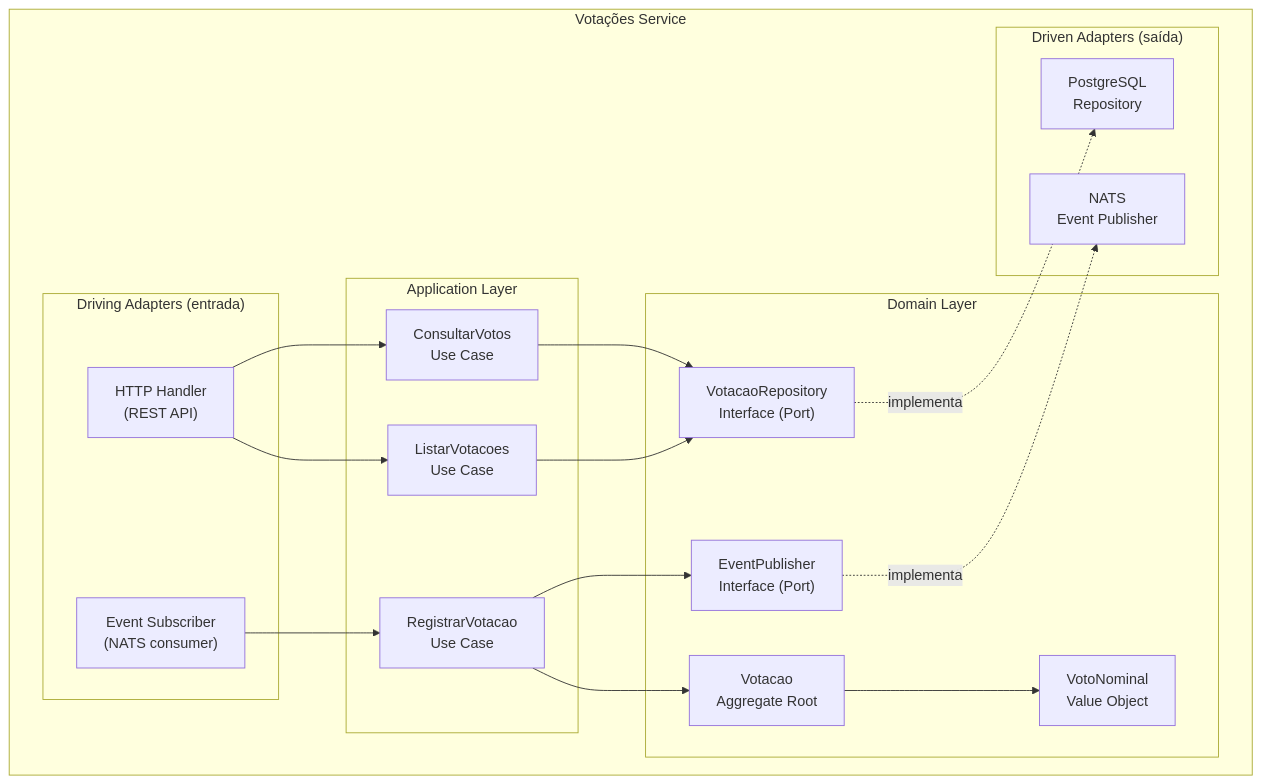
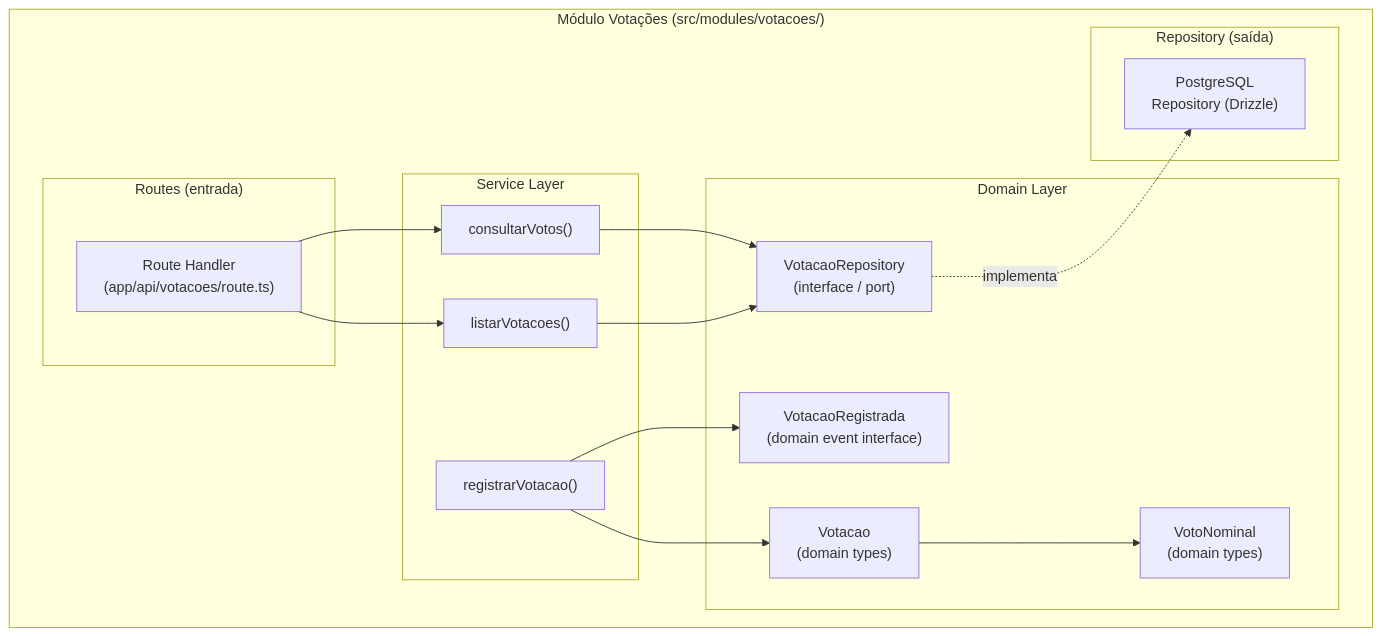
The third of 5 diagrams in docs/architecture/C4-DIAGRAMS.md (FabioCaffarello/brasil-a-vera), drawn with Mermaid before and after one commit. The commit also changed other lines of this file and 16 other files, not shown here.

First line of the commit message:
docs(architecture): apply Monolith First decisions across all documentation

````diff
--- a/docs/architecture/C4-DIAGRAMS.md
+++ b/docs/architecture/C4-DIAGRAMS.md
@@ -152,41 +117,37 @@
 ```mermaid
 graph TB
-    subgraph "Votações Service"
-        subgraph "Driving Adapters (entrada)"
-            HTTP["HTTP Handler<br/>(REST API)"]
-            EVT_IN["Event Subscriber<br/>(NATS consumer)"]
+    subgraph "Módulo Votações (src/modules/votacoes/)"
+        subgraph "Routes (entrada)"
+            HTTP["Route Handler<br/>(app/api/votacoes/route.ts)"]
         end
 
-        subgraph "Application Layer"
-            UC1["RegistrarVotacao<br/>Use Case"]
-            UC2["ConsultarVotos<br/>Use Case"]
-            UC3["ListarVotacoes<br/>Use Case"]
+        subgraph "Service Layer"
+            UC1["registrarVotacao()"]
+            UC2["consultarVotos()"]
+            UC3["listarVotacoes()"]
         end
 
         subgraph "Domain Layer"
-            AGG["Votacao<br/>Aggregate Root"]
-            VO["VotoNominal<br/>Value Object"]
-            REPO["VotacaoRepository<br/>Interface (Port)"]
-            PUB["EventPublisher<br/>Interface (Port)"]
+            AGG["Votacao<br/>(domain types)"]
+            VO["VotoNominal<br/>(domain types)"]
+            EVT["VotacaoRegistrada<br/>(domain event interface)"]
+            REPO_IF["VotacaoRepository<br/>(interface / port)"]
         end
 
-        subgraph "Driven Adapters (saída)"
-            PG_REPO["PostgreSQL<br/>Repository"]
-            NATS_PUB["NATS<br/>Event Publisher"]
+        subgraph "Repository (saída)"
+            PG_REPO["PostgreSQL<br/>Repository (Drizzle)"]
         end
     end
 
     HTTP --> UC2
     HTTP --> UC3
-    EVT_IN --> UC1
 
     UC1 --> AGG
-    UC2 --> REPO
-    UC3 --> REPO
-    UC1 --> PUB
+    UC1 --> EVT
+    UC2 --> REPO_IF
+    UC3 --> REPO_IF
 
     AGG --> VO
 
-    REPO -.->|implementa| PG_REPO
-    PUB -.->|implementa| NATS_PUB
+    REPO_IF -.->|implementa| PG_REPO
 ```
````
